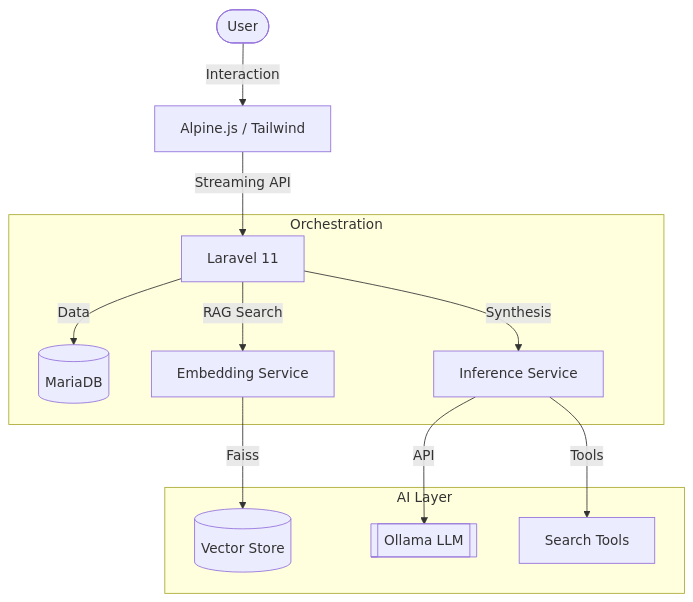
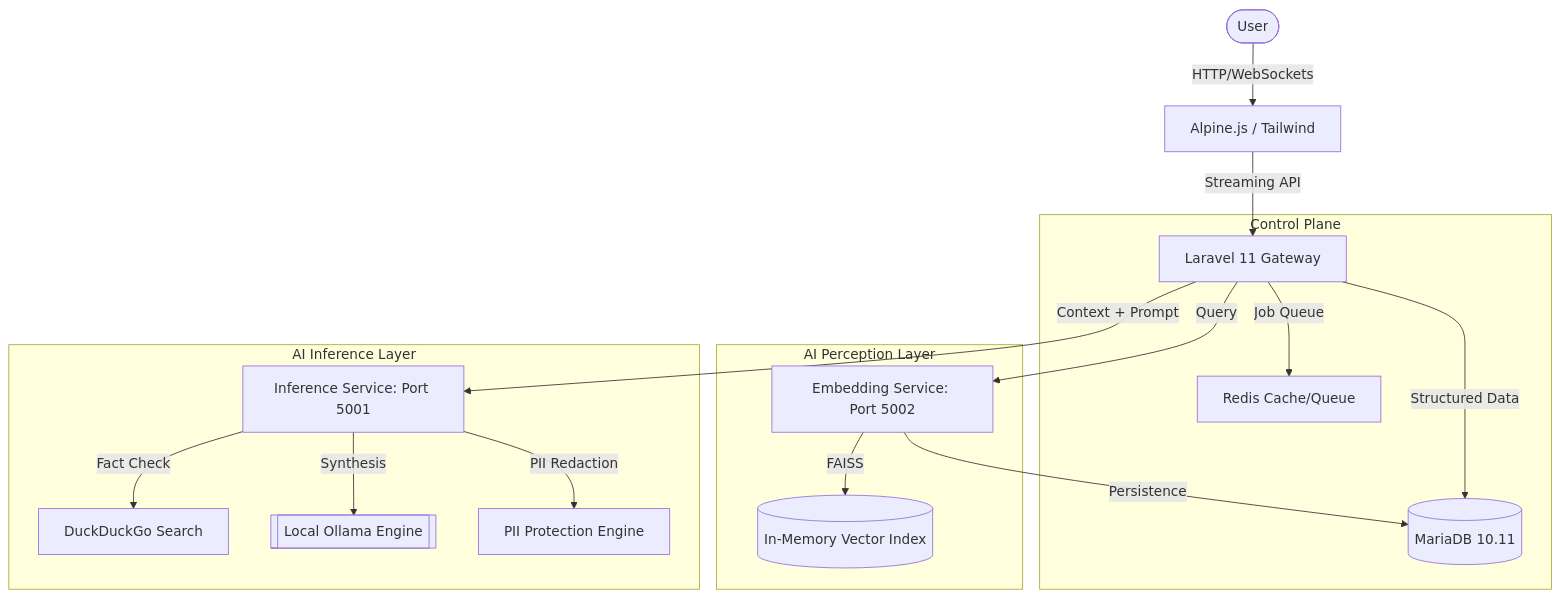
One commit to abesquirrel/rephraser_project changed the diagram in README.md. Above: the diagram before and after it, drawn with Mermaid. The commit also changed other lines of this file and 3 other files, not shown here.

Commit message:
refactor: rewrite `PROJECT_ANALYSIS.md` to detail the RAG pipeline and PII protection, and add `DEVELOPMENT.md`.

````diff
--- a/README.md
+++ b/README.md
@@ -11,17 +11,23 @@
 ```mermaid
 graph TD
-    User([User]) -->|Interaction| Frontend[Alpine.js / Tailwind]
-    Frontend -->|Streaming API| Laravel[Laravel 11]
+    User([User]) -->|HTTP/WebSockets| Frontend[Alpine.js / Tailwind]
+    Frontend -->|Streaming API| Laravel[Laravel 11 Gateway]
 
-    subgraph "Orchestration"
-        Laravel -->|Data| DB[(MariaDB)]
-        Laravel -->|RAG Search| PyEmbed[Embedding Service]
-        Laravel -->|Synthesis| PyInfer[Inference Service]
+    subgraph "Control Plane"
+        Laravel -->|Structured Data| DB[(MariaDB 10.11)]
+        Laravel -->|Job Queue| Redis[Redis Cache/Queue]
     end
 
-    subgraph "AI Layer"
-        PyEmbed -->|Faiss| KB[(Vector Store)]
-        PyInfer -->|API| Ollama[[Ollama LLM]]
-        PyInfer -->|Tools| Web[Search Tools]
+    subgraph "AI Perception Layer"
+        Laravel -->|Query| PyEmbed[Embedding Service: Port 5002]
+        PyEmbed -->|FAISS| Vector[(In-Memory Vector Index)]
+        PyEmbed -->|Persistence| DB
+    end
+
+    subgraph "AI Inference Layer"
+        Laravel -->|Context + Prompt| PyInfer[Inference Service: Port 5001]
+        PyInfer -->|Fact Check| DDG[DuckDuckGo Search]
+        PyInfer -->|Synthesis| Ollama[[Local Ollama Engine]]
+        PyInfer -->|PII Redaction| Regex[PII Protection Engine]
     end
 ```
````
